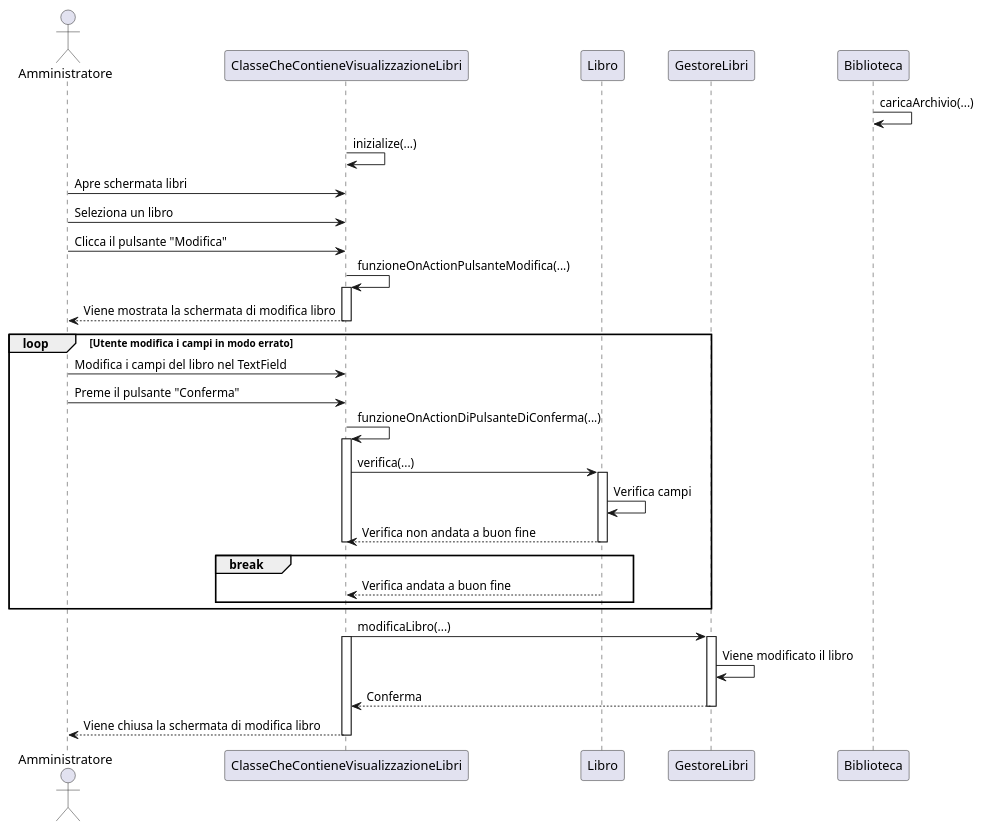
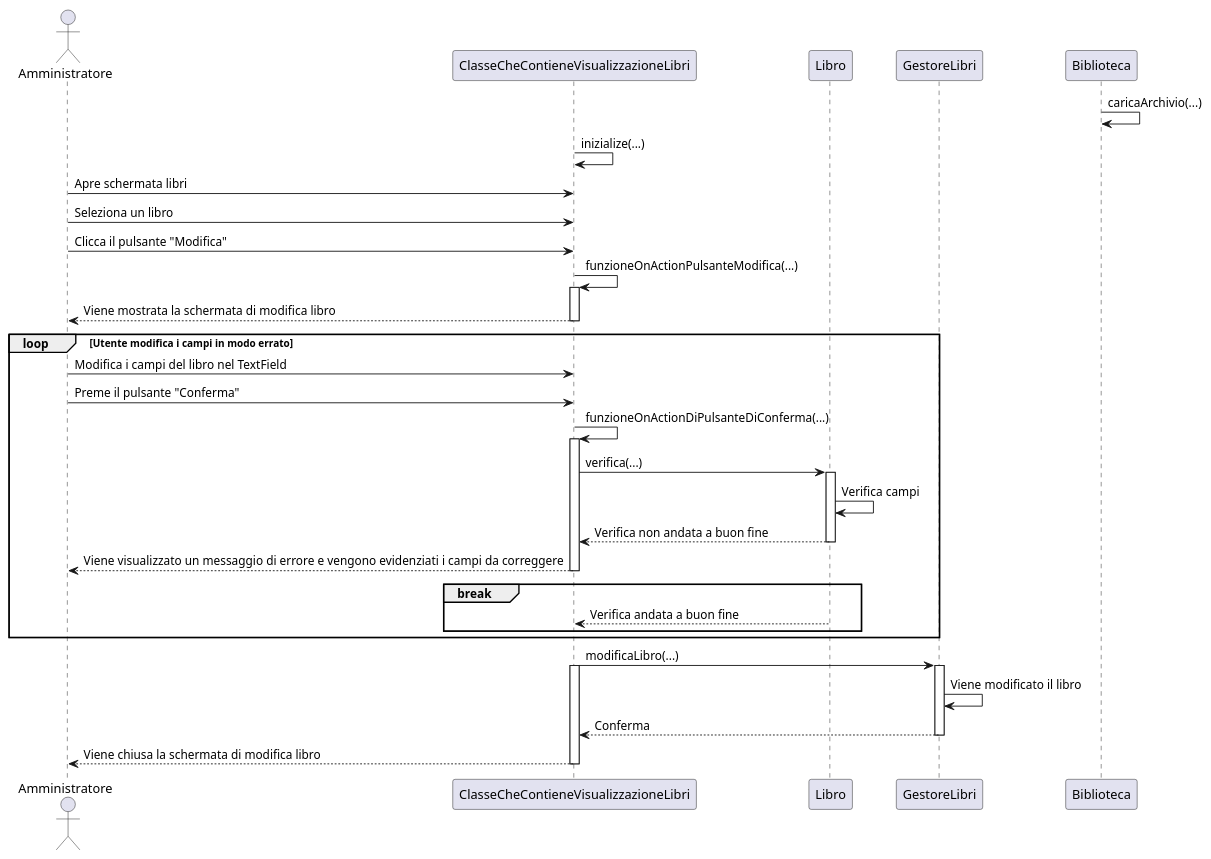
One commit to TitanVoid/ProgSE-Biblioteca changed the diagram in documents/DiagrammiUML/DiagrammiDiSequenza/diagrammaModificaLibro.puml. Above: the diagram before and after it, drawn with PlantUML.

Commit message:
Aggiornamento diagrammaModificaLibro.puml

```diff
--- a/documents/DiagrammiUML/DiagrammiDiSequenza/diagrammaModificaLibro.puml
+++ b/documents/DiagrammiUML/DiagrammiDiSequenza/diagrammaModificaLibro.puml
@@ -1,46 +1,47 @@
 @startuml
 
 	actor Amministratore as a
 	participant ClasseCheContieneVisualizzazioneLibri as cvl
 	participant Libro as l
 	participant GestoreLibri as gl
 	participant Biblioteca as b
 
 	b->b: caricaArchivio(...)
 	cvl->cvl: inizialize(...)
 	a->cvl: Apre schermata libri
 	a->cvl: Seleziona un libro
 	
 	a->cvl: Clicca il pulsante "Modifica"
 	cvl->cvl: funzioneOnActionPulsanteModifica(...)
 	activate cvl
 		cvl --> "a": Viene mostrata la schermata di modifica libro
 	deactivate cvl
 
 	'Utente modifica i campi in modo errato
 	loop Utente modifica i campi in modo errato
 		a->cvl: Modifica i campi del libro nel TextField
 		a->cvl: Preme il pulsante "Conferma"
 		cvl->cvl: funzioneOnActionDiPulsanteDiConferma(...)
 		activate cvl
 			cvl->l: verifica(...)
 			activate l
 				l->l: Verifica campi
 				l --> cvl: Verifica non andata a buon fine
 			deactivate l
+		cvl-->a: Viene visualizzato un messaggio di errore e vengono evidenziati i campi da correggere
 		deactivate cvl
 		'Condizione di uscita dal loop
 		break
 			l-->cvl: Verifica andata a buon fine
 		end
 	end
 
 	cvl->gl: modificaLibro(...)
 	activate cvl
 		activate gl
 			gl->gl: Viene modificato il libro
 			gl --> cvl: Conferma
 		deactivate gl
 	cvl --> a: Viene chiusa la schermata di modifica libro
 	deactivate cvl
 @enduml
```
